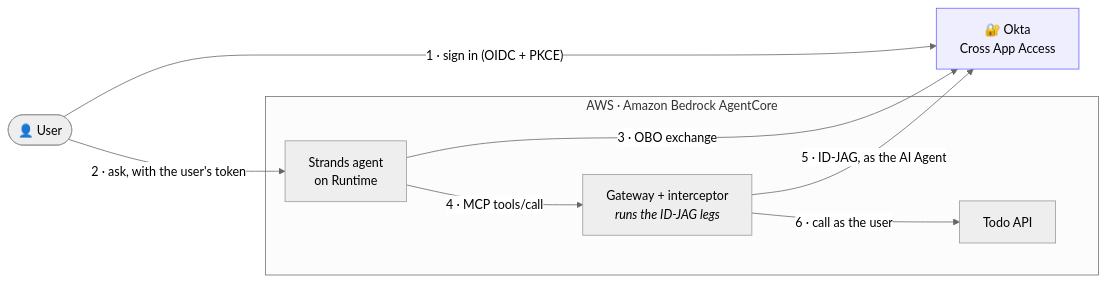
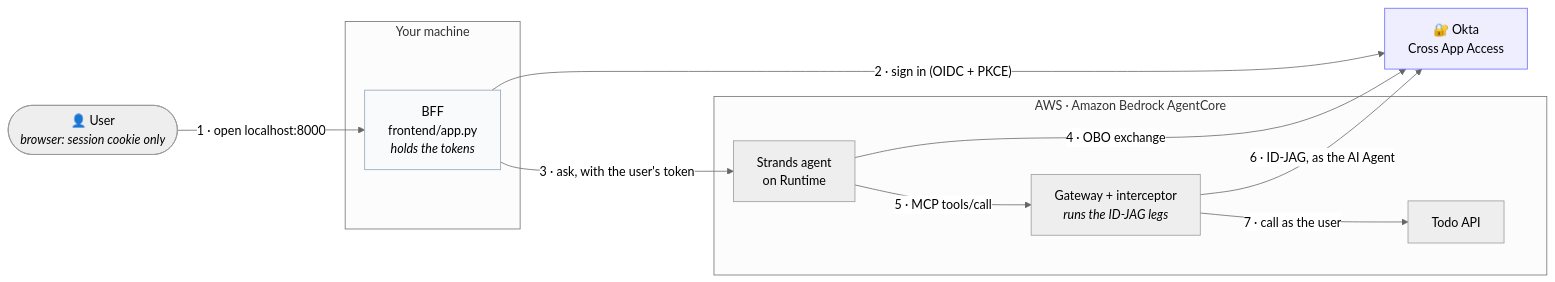
The first of 3 diagrams in 01-features/05-authenticate-and-authorize/08-okta-xaa-delegation-chain/README.md (awslabs/agentcore-samples), drawn with Mermaid (neutral theme) before and after one commit. The commit also changed other lines of this file, not shown here.

Commit message:
docs(auth/okta-xaa): put the BFF in the architecture diagram and the component list
The architecture diagram drew the user talking to Okta and to the Runtime directly, with no
BFF anywhere -- and the component list named four pieces without mentioning it either. The
sequence diagram had it all along, so the two disagreed.

That omission mattered more than a missing box. The BFF is what makes the browser hold no
tokens: it performs the sign-in, keeps T_id and T_user server-side, and hands the browser a
signed HttpOnly cookie. A diagram showing the user calling the Runtime directly implies the
opposite, which is the one property of this topology a reader should not have to guess at.

The diagram now has a "Your machine" subgraph containing the BFF, the user node says
"browser: session cookie only", and the seven numbered steps start from opening
localhost:8000. The caption notes where credentials live. The component list gains a
**Front end** bullet, and the IdP bullet now says "Okta for AI Agents" to match the
terminology used everywhere else after the Machine access work.

Verified: all three mermaid diagrams still render under mermaid-cli, README anchors resolve,
ruff clean.

````diff
--- a/01-features/05-authenticate-and-authorize/08-okta-xaa-delegation-chain/README.md
+++ b/01-features/05-authenticate-and-authorize/08-okta-xaa-delegation-chain/README.md
@@ -22,20 +25,26 @@
 ```mermaid
 flowchart LR
-    U(["👤 User"])
+    U(["👤 User<br/><i>browser: session cookie only</i>"])
+    subgraph LOCAL["Your machine"]
+        BFF["BFF<br/>frontend/app.py<br/><i>holds the tokens</i>"]
+    end
     subgraph AWS["AWS · Amazon Bedrock AgentCore"]
         AG["Strands agent<br/>on Runtime"]
         GW["Gateway + interceptor<br/><i>runs the ID-JAG legs</i>"]
         API["Todo API"]
     end
     OKTA["🔐 Okta<br/>Cross App Access"]
 
-    U -- "1 · sign in (OIDC + PKCE)" --> OKTA
-    U -- "2 · ask, with the user's token" --> AG
-    AG -- "3 · OBO exchange" --> OKTA
-    AG -- "4 · MCP tools/call" --> GW
-    GW -- "5 · ID-JAG, as the AI Agent" --> OKTA
-    GW -- "6 · call as the user" --> API
+    U -- "1 · open localhost:8000" --> BFF
+    BFF -- "2 · sign in (OIDC + PKCE)" --> OKTA
+    BFF -- "3 · ask, with the user's token" --> AG
+    AG -- "4 · OBO exchange" --> OKTA
+    AG -- "5 · MCP tools/call" --> GW
+    GW -- "6 · ID-JAG, as the AI Agent" --> OKTA
+    GW -- "7 · call as the user" --> API
 
     classDef okta fill:#eef,stroke:#66f
+    classDef local fill:#f8fafc,stroke:#94a3b8
     class OKTA okta
+    class BFF local
 ```
````
